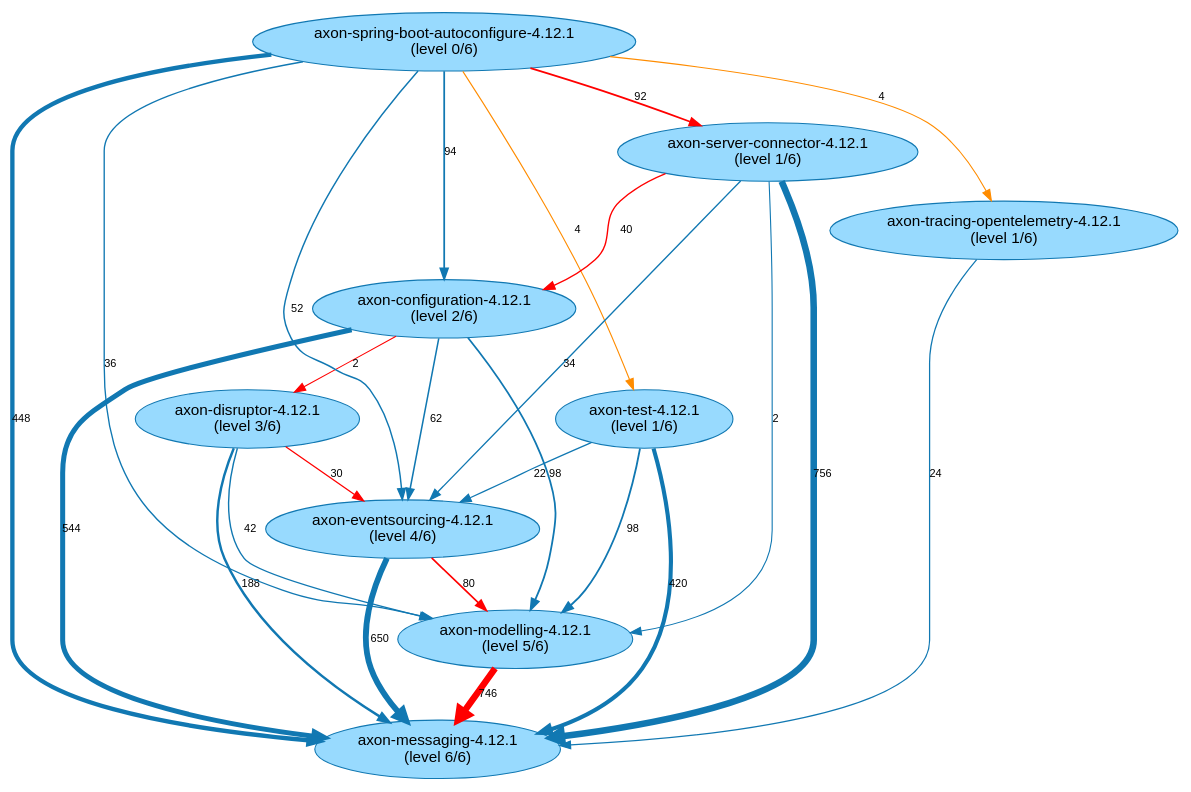
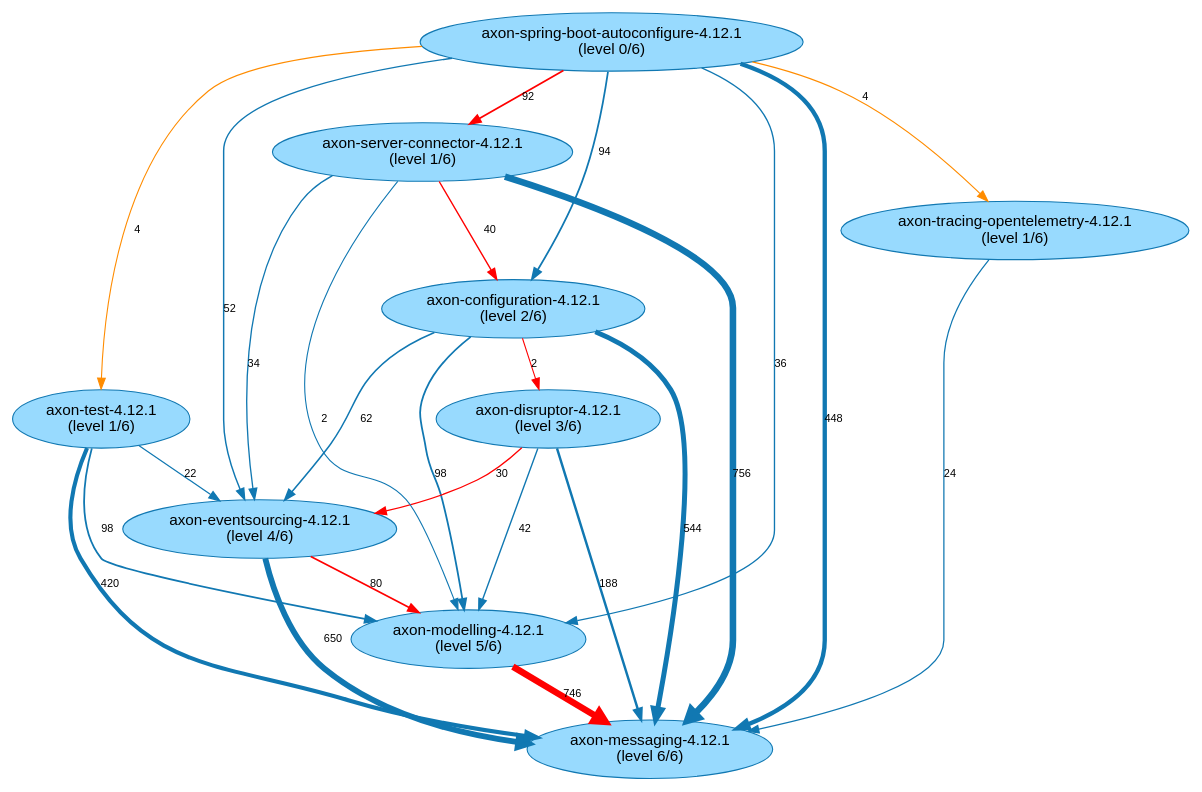
The diagram in analysis-results/AxonFramework/AxonFramework-4.12.1/path-finding-visualization/JavaArtifactLongestPaths.gv (JohT/code-graph-analysis-examples), drawn with Graphviz before and after one commit. The commit also changed other lines of this file and 407 other files, not shown here.

```diff
--- a/analysis-results/AxonFramework/AxonFramework-4.12.1/path-finding-visualization/JavaArtifactLongestPaths.gv
+++ b/analysis-results/AxonFramework/AxonFramework-4.12.1/path-finding-visualization/JavaArtifactLongestPaths.gv
@@ -1,37 +1,37 @@
 // This GraphViz dot file was generated by the script convertQueryResultCsvToGraphVizDotFile.sh with default.template
 
 strict digraph JavaArtifactLongestPaths {
     fontname = "Helvetica,Arial,sans-serif";
     node [fontname = "Helvetica,Arial,sans-serif";];
     edge [fontname = "Helvetica,Arial,sans-serif"; fontsize = 10;];
     node [style = filled; fillcolor = "0.560 0.400 0.999";];
     node [color = "0.560 0.900 0.700";];
     edge [color = "0.560 0.900 0.700";];
 	"axon-configuration-4.12.1\n(level 2/6)" -> "axon-messaging-4.12.1\n(level 6/6)" [label=544; penwidth=4.59; ];
+	"axon-configuration-4.12.1\n(level 2/6)" -> "axon-modelling-4.12.1\n(level 5/6)" [label=98; penwidth=1.64; ];
 	"axon-configuration-4.12.1\n(level 2/6)" -> "axon-eventsourcing-4.12.1\n(level 4/6)" [label=62; penwidth=1.4; ];
-	"axon-configuration-4.12.1\n(level 2/6)" -> "axon-modelling-4.12.1\n(level 5/6)" [label=98; penwidth=1.64; ];
 	"axon-configuration-4.12.1\n(level 2/6)" -> "axon-disruptor-4.12.1\n(level 3/6)" [label=2; penwidth=1.0; color="red"; ];
 	"axon-spring-boot-autoconfigure-4.12.1\n(level 0/6)" -> "axon-tracing-opentelemetry-4.12.1\n(level 1/6)" [label=4; penwidth=1.01; ];
 	"axon-spring-boot-autoconfigure-4.12.1\n(level 0/6)" -> "axon-messaging-4.12.1\n(level 6/6)" [label=448; penwidth=3.96; ];
 	"axon-spring-boot-autoconfigure-4.12.1\n(level 0/6)" -> "axon-configuration-4.12.1\n(level 2/6)" [label=94; penwidth=1.61; ];
 	"axon-spring-boot-autoconfigure-4.12.1\n(level 0/6)" -> "axon-eventsourcing-4.12.1\n(level 4/6)" [label=52; penwidth=1.33; ];
 	"axon-spring-boot-autoconfigure-4.12.1\n(level 0/6)" -> "axon-server-connector-4.12.1\n(level 1/6)" [label=92; penwidth=1.6; color="red"; ];
 	"axon-spring-boot-autoconfigure-4.12.1\n(level 0/6)" -> "axon-modelling-4.12.1\n(level 5/6)" [label=36; penwidth=1.23; ];
 	"axon-spring-boot-autoconfigure-4.12.1\n(level 0/6)" -> "axon-test-4.12.1\n(level 1/6)" [label=4; penwidth=1.01; ];
 	"axon-tracing-opentelemetry-4.12.1\n(level 1/6)" -> "axon-messaging-4.12.1\n(level 6/6)" [label=24; penwidth=1.15; ];
 	"axon-eventsourcing-4.12.1\n(level 4/6)" -> "axon-messaging-4.12.1\n(level 6/6)" [label=650; penwidth=5.3; ];
 	"axon-eventsourcing-4.12.1\n(level 4/6)" -> "axon-modelling-4.12.1\n(level 5/6)" [label=80; penwidth=1.52; color="red"; ];
 	"axon-server-connector-4.12.1\n(level 1/6)" -> "axon-messaging-4.12.1\n(level 6/6)" [label=756; penwidth=6.0; ];
+	"axon-server-connector-4.12.1\n(level 1/6)" -> "axon-configuration-4.12.1\n(level 2/6)" [label=40; penwidth=1.25; color="red"; ];
+	"axon-server-connector-4.12.1\n(level 1/6)" -> "axon-eventsourcing-4.12.1\n(level 4/6)" [label=34; penwidth=1.21; ];
 	"axon-server-connector-4.12.1\n(level 1/6)" -> "axon-modelling-4.12.1\n(level 5/6)" [label=2; penwidth=1.0; ];
-	"axon-server-connector-4.12.1\n(level 1/6)" -> "axon-eventsourcing-4.12.1\n(level 4/6)" [label=34; penwidth=1.21; ];
-	"axon-server-connector-4.12.1\n(level 1/6)" -> "axon-configuration-4.12.1\n(level 2/6)" [label=40; penwidth=1.25; color="red"; ];
 	"axon-modelling-4.12.1\n(level 5/6)" -> "axon-messaging-4.12.1\n(level 6/6)" [label=746; penwidth=5.93; color="red"; ];
+	"axon-disruptor-4.12.1\n(level 3/6)" -> "axon-eventsourcing-4.12.1\n(level 4/6)" [label=30; penwidth=1.19; color="red"; ];
 	"axon-disruptor-4.12.1\n(level 3/6)" -> "axon-messaging-4.12.1\n(level 6/6)" [label=188; penwidth=2.23; ];
-	"axon-disruptor-4.12.1\n(level 3/6)" -> "axon-eventsourcing-4.12.1\n(level 4/6)" [label=30; penwidth=1.19; color="red"; ];
 	"axon-disruptor-4.12.1\n(level 3/6)" -> "axon-modelling-4.12.1\n(level 5/6)" [label=42; penwidth=1.27; ];
 	"axon-test-4.12.1\n(level 1/6)" -> "axon-messaging-4.12.1\n(level 6/6)" [label=420; penwidth=3.77; ];
 	"axon-test-4.12.1\n(level 1/6)" -> "axon-modelling-4.12.1\n(level 5/6)" [label=98; penwidth=1.64; ];
 	"axon-test-4.12.1\n(level 1/6)" -> "axon-eventsourcing-4.12.1\n(level 4/6)" [label=22; penwidth=1.13; ];
 	"axon-spring-boot-autoconfigure-4.12.1\n(level 0/6)" -> "axon-tracing-opentelemetry-4.12.1\n(level 1/6)" [label=4; penwidth=1.01; color="darkorange"; ];
 	"axon-spring-boot-autoconfigure-4.12.1\n(level 0/6)" -> "axon-test-4.12.1\n(level 1/6)" [label=4; penwidth=1.01; color="darkorange"; ];
 }
```
